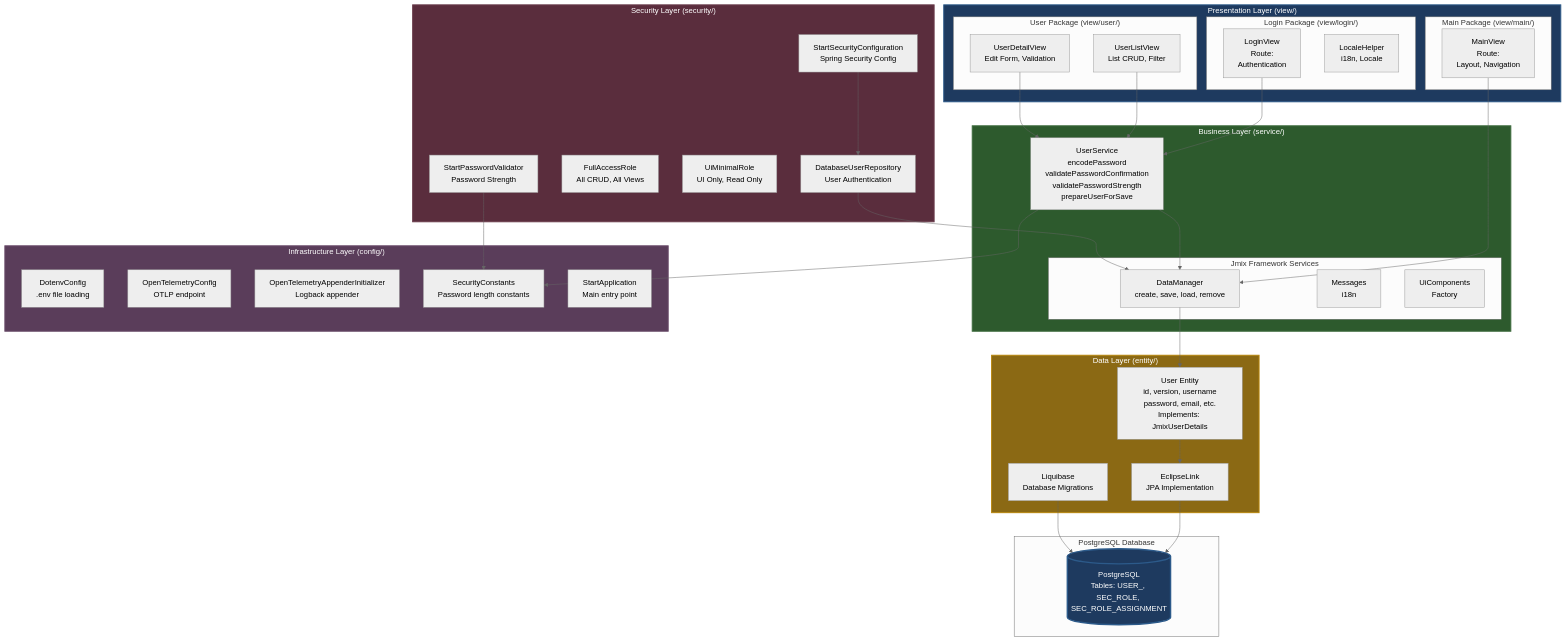
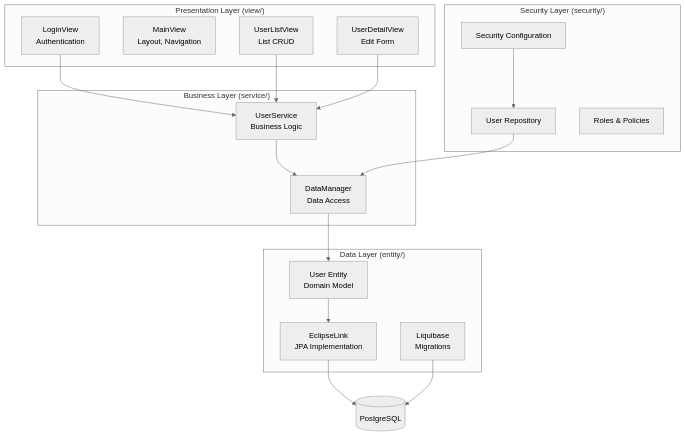
One commit to sovavibe/start changed the third of 4 diagrams in docs/architecture/ARCHITECTURE.md. Above: the diagram before and after it, drawn with Mermaid (neutral theme). The commit also changed other lines of this file and 74 other files, not shown here.

````diff
--- a/docs/architecture/ARCHITECTURE.md
+++ b/docs/architecture/ARCHITECTURE.md
@@ -110,78 +81,37 @@
 ```mermaid
 graph TB
     subgraph Presentation["Presentation Layer (view/)"]
-        subgraph LoginPkg["Login Package (view/login/)"]
-            LoginView[LoginView<br/>Route: ""<br/>Authentication]
-            LocaleHelper[LocaleHelper<br/>i18n, Locale]
-        end
-        
-        subgraph MainPkg["Main Package (view/main/)"]
-            MainView[MainView<br/>Route: ""<br/>Layout, Navigation]
-        end
-        
-        subgraph UserPkg["User Package (view/user/)"]
-            UserListView[UserListView<br/>List CRUD, Filter]
-            UserDetailView[UserDetailView<br/>Edit Form, Validation]
-        end
+        LoginView[LoginView<br/>Authentication]
+        MainView[MainView<br/>Layout, Navigation]
+        UserListView[UserListView<br/>List CRUD]
+        UserDetailView[UserDetailView<br/>Edit Form]
     end
     
     subgraph Business["Business Layer (service/)"]
-        UserService[UserService<br/>encodePassword<br/>validatePasswordConfirmation<br/>validatePasswordStrength<br/>prepareUserForSave]
-        
-        subgraph JmixServices["Jmix Framework Services"]
-            DataManager[DataManager<br/>create, save, load, remove]
-            Messages[Messages<br/>i18n]
-            UiComponents[UiComponents<br/>Factory]
-        end
+        UserService[UserService<br/>Business Logic]
+        DataManager[DataManager<br/>Data Access]
     end
     
     subgraph Data["Data Layer (entity/)"]
-        UserEntity[User Entity<br/>id, version, username<br/>password, email, etc.<br/>Implements: JmixUserDetails]
+        UserEntity[User Entity<br/>Domain Model]
         EclipseLink[EclipseLink<br/>JPA Implementation]
-        Liquibase[Liquibase<br/>Database Migrations]
+        Liquibase[Liquibase<br/>Migrations]
     end
     
     subgraph Security["Security Layer (security/)"]
-        SecurityConfig[StartSecurityConfiguration<br/>Spring Security Config]
-        UserRepo[DatabaseUserRepository<br/>User Authentication]
-        FullRole[FullAccessRole<br/>All CRUD, All Views]
-        UiRole[UiMinimalRole<br/>UI Only, Read Only]
-        PasswordValidator[StartPasswordValidator<br/>Password Strength]
-    end
-    
-    subgraph Infra["Infrastructure Layer (config/)"]
-        DotenvConfig[DotenvConfig<br/>.env file loading]
-        OTelConfig[OpenTelemetryConfig<br/>OTLP endpoint]
-        OTelAppender[OpenTelemetryAppenderInitializer<br/>Logback appender]
-        SecurityConstants[SecurityConstants<br/>Password length constants]
-        StartApp[StartApplication<br/>Main entry point]
-    end
-    
-    subgraph Database["PostgreSQL Database"]
-        DB[(PostgreSQL<br/>Tables: USER_, SEC_ROLE, SEC_ROLE_ASSIGNMENT)]
+        SecurityConfig[Security Configuration]
+        UserRepo[User Repository]
+        Roles[Roles & Policies]
     end
     
     LoginView --> UserService
-    MainView --> DataManager
     UserListView --> UserService
     UserDetailView --> UserService
-    
     UserService --> DataManager
-    UserService --> SecurityConstants
-    
     DataManager --> UserEntity
     UserEntity --> EclipseLink
-    EclipseLink --> DB
+    EclipseLink --> DB[(PostgreSQL)]
     Liquibase --> DB
-    
+    SecurityConfig --> UserRepo
     UserRepo --> DataManager
-    SecurityConfig --> UserRepo
-    PasswordValidator --> SecurityConstants
-    
-    style Presentation fill:#1e3a5f,stroke:#2c5a8a,stroke-width:2px,color:#fff
-    style Business fill:#2d5a2d,stroke:#3d6b3d,stroke-width:2px,color:#fff
-    style Data fill:#8b6914,stroke:#b8860b,stroke-width:2px,color:#fff
-    style Security fill:#5a2d3d,stroke:#6b3d4d,stroke-width:2px,color:#fff
-    style Infra fill:#5a3d5a,stroke:#6b4d6b,stroke-width:2px,color:#fff
-    style DB fill:#1e3a5f,stroke:#2c5a8a,stroke-width:3px,color:#fff
 ```
````
